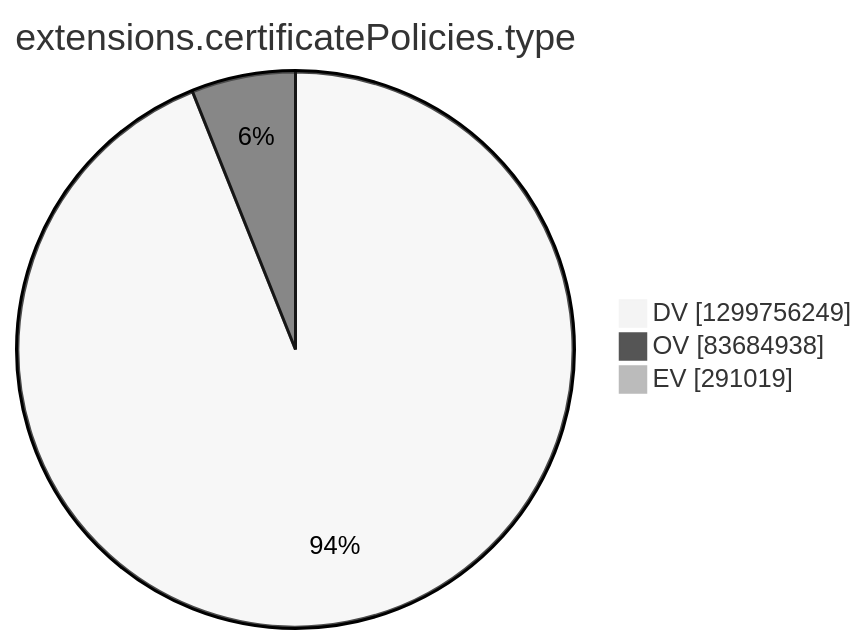
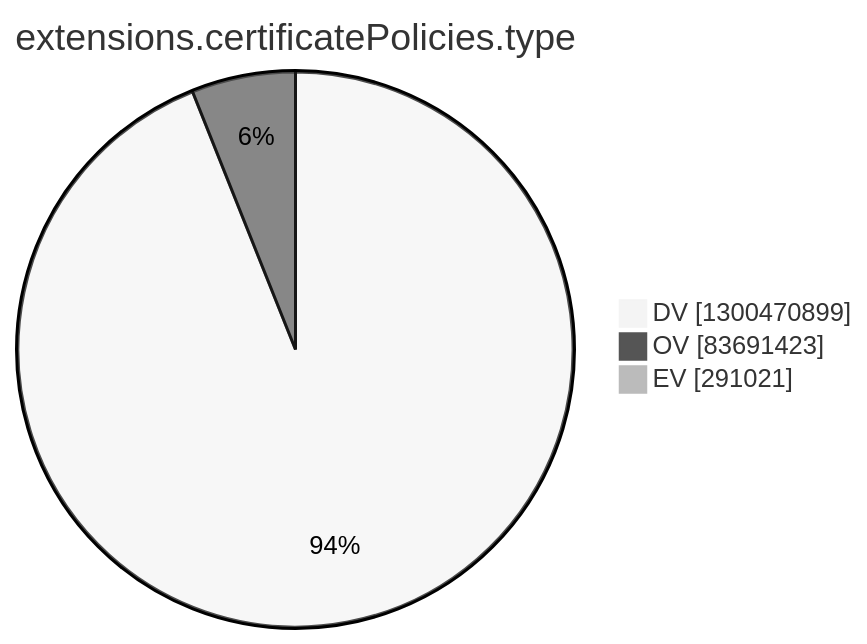
The tenth of 15 diagrams in argon2022/README.md (christiankrug/ctmonitor_visualization), drawn with Mermaid (neutral theme) before and after one commit. The commit also changed other lines of this file, not shown here.

````diff
--- a/argon2022/README.md
+++ b/argon2022/README.md
@@ -2772,7 +2772,7 @@
 ```mermaid
 pie showData
 title extensions.certificatePolicies.type
-"DV" :1299756249
-"OV" :83684938
-"EV" :291019
+"DV" :1300470899
+"OV" :83691423
+"EV" :291021
 ```
````
